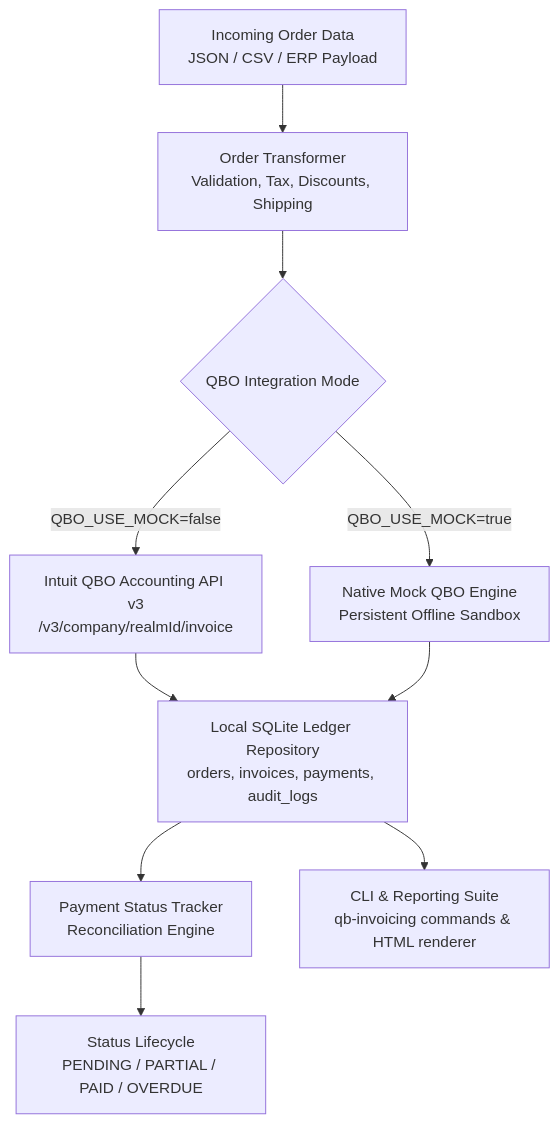
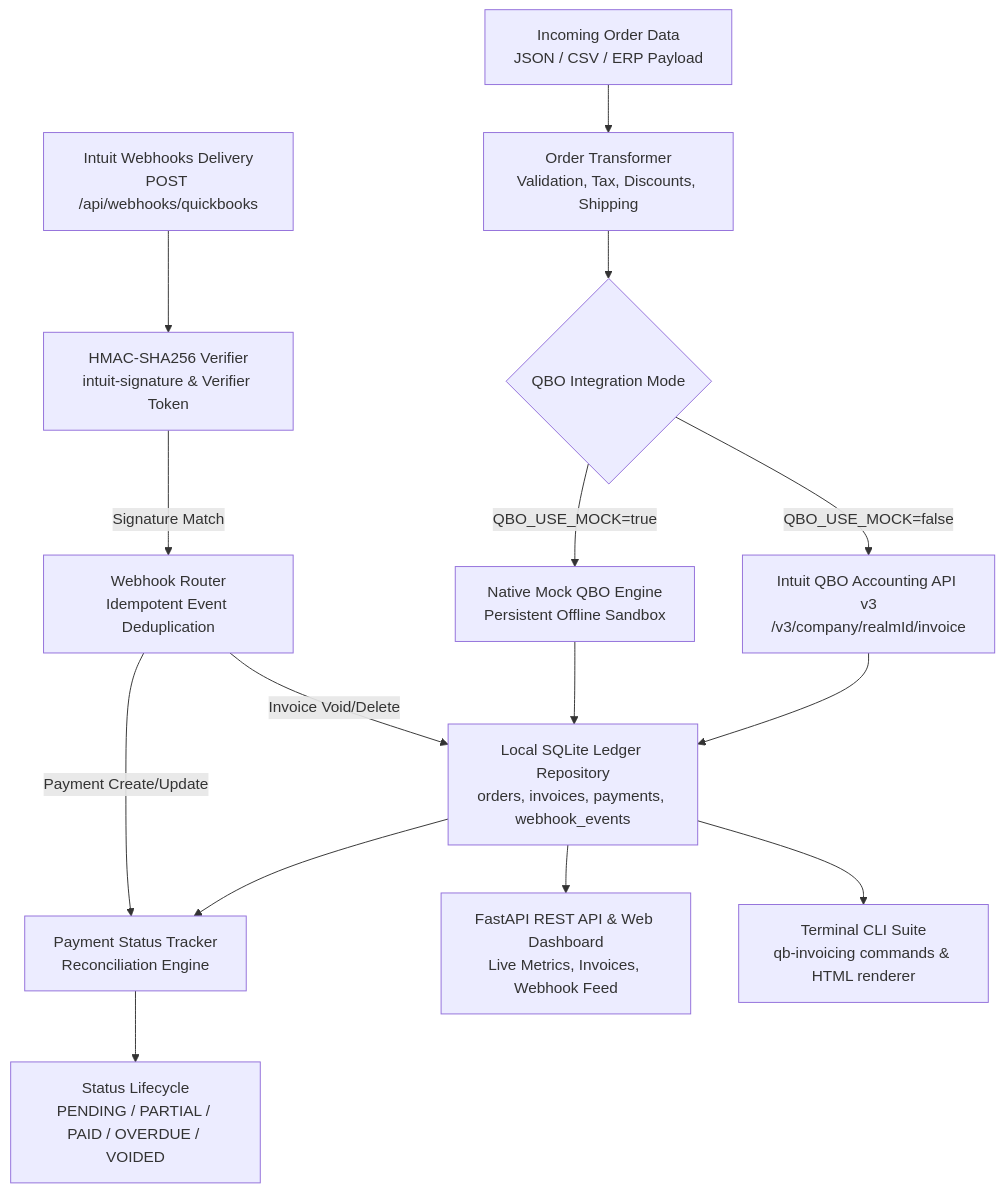
The first of 2 diagrams in README.md (breakingthebot/quickbooks-invoice-generator-build131), drawn with Mermaid before and after one commit. The commit also changed other lines of this file and 15 other files, not shown here.

Commit message:
feat: QBO webhooks engine, HMAC signature verification, automated reconciliation & web dashboard (v1.1.0)

````diff
--- a/README.md
+++ b/README.md
@@ -15,12 +15,18 @@
 ```mermaid
 flowchart TD
     A[Incoming Order Data<br>JSON / CSV / ERP Payload] --> B[Order Transformer<br>Validation, Tax, Discounts, Shipping]
     B --> C{QBO Integration Mode}
     C -->|QBO_USE_MOCK=false| D[Intuit QBO Accounting API v3<br>/v3/company/realmId/invoice]
     C -->|QBO_USE_MOCK=true| E[Native Mock QBO Engine<br>Persistent Offline Sandbox]
-    D --> F[Local SQLite Ledger Repository<br>orders, invoices, payments, audit_logs]
+    D --> F[Local SQLite Ledger Repository<br>orders, invoices, payments, webhook_events]
     E --> F
     F --> G[Payment Status Tracker<br>Reconciliation Engine]
-    G --> H[Status Lifecycle<br>PENDING / PARTIAL / PAID / OVERDUE]
-    F --> I[CLI & Reporting Suite<br>qb-invoicing commands & HTML renderer]
+    G --> H[Status Lifecycle<br>PENDING / PARTIAL / PAID / OVERDUE / VOIDED]
+
+    W[Intuit Webhooks Delivery<br>POST /api/webhooks/quickbooks] --> V[HMAC-SHA256 Verifier<br>intuit-signature & Verifier Token]
+    V -->|Signature Match| X[Webhook Router<br>Idempotent Event Deduplication]
+    X -->|Payment Create/Update| G
+    X -->|Invoice Void/Delete| F
+    F --> Y[FastAPI REST API & Web Dashboard<br>Live Metrics, Invoices, Webhook Feed]
+    F --> I[Terminal CLI Suite<br>qb-invoicing commands & HTML renderer]
 ```
````
